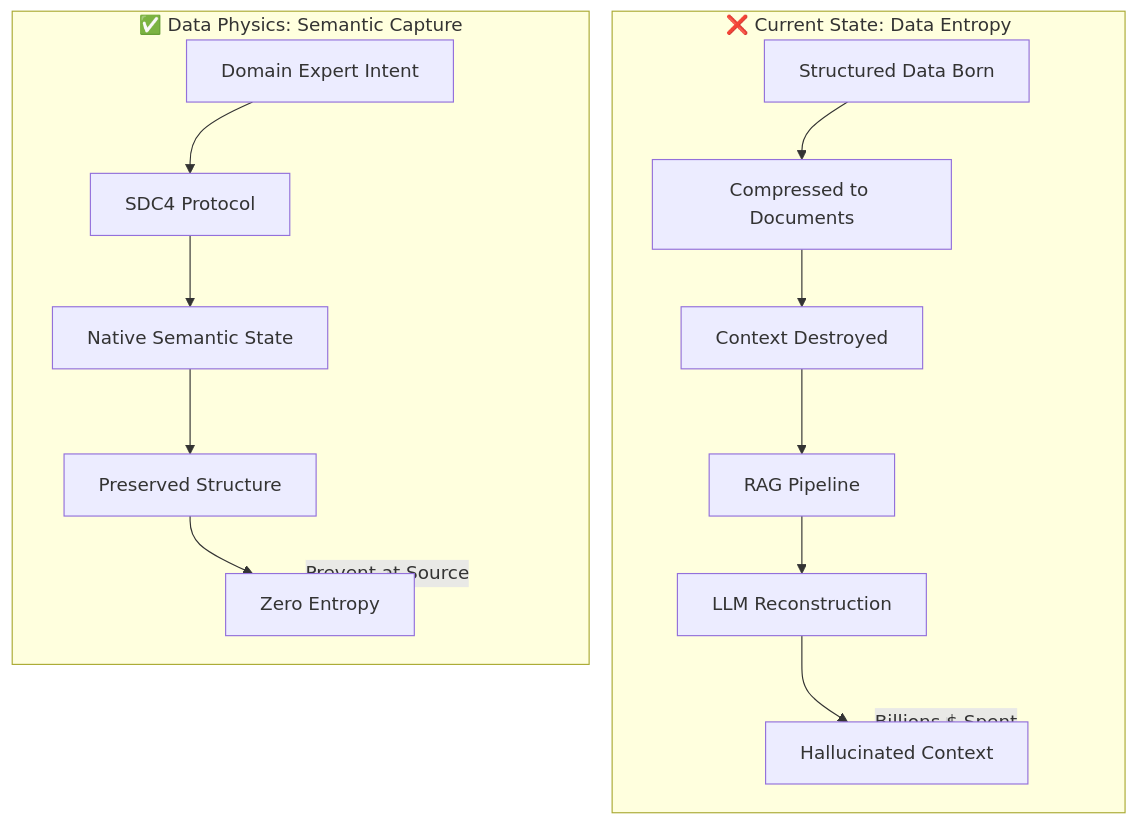
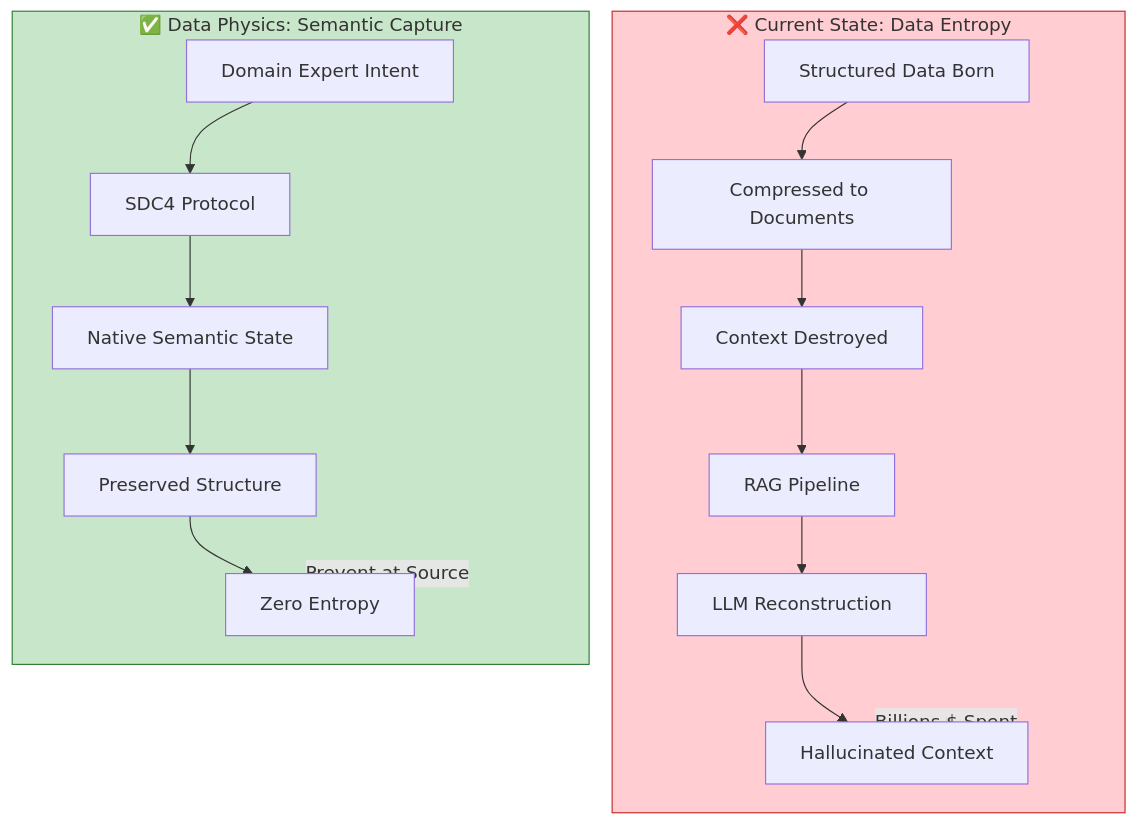
The first of 8 diagrams in linkedin-published/3rd Party Content/Data Physics and the Semantic Capture of Intent/SEMANTIC-GRAPH.md (DinisCruz/NotebookLM__Infographics-and-slides), drawn with Mermaid before and after one commit. The commit also changed other lines of this file, not shown here.

Commit message:
improved semantic-graph

````diff
--- a/linkedin-published/3rd Party Content/Data Physics and the Semantic Capture of Intent/SEMANTIC-GRAPH.md
+++ b/linkedin-published/3rd Party Content/Data Physics and the Semantic Capture of Intent/SEMANTIC-GRAPH.md
@@ -66,20 +112,23 @@
 ```mermaid
 flowchart TD
     subgraph Problem["❌ Current State: Data Entropy"]
         A[Structured Data Born] --> B[Compressed to Documents]
         B --> C[Context Destroyed]
         C --> D[RAG Pipeline]
         D --> E[LLM Reconstruction]
         E --> F[Hallucinated Context]
     end
 
     subgraph Solution["✅ Data Physics: Semantic Capture"]
         G[Domain Expert Intent] --> H[SDC4 Protocol]
         H --> I[Native Semantic State]
         I --> J[Preserved Structure]
         J --> K[Zero Entropy]
     end
 
     Problem -.->|"Billions $ Spent"| F
     Solution -.->|"Prevent at Source"| K
+
+    style Problem fill:#ffcdd2,stroke:#c62828
+    style Solution fill:#c8e6c9,stroke:#2e7d32
 ```
````
